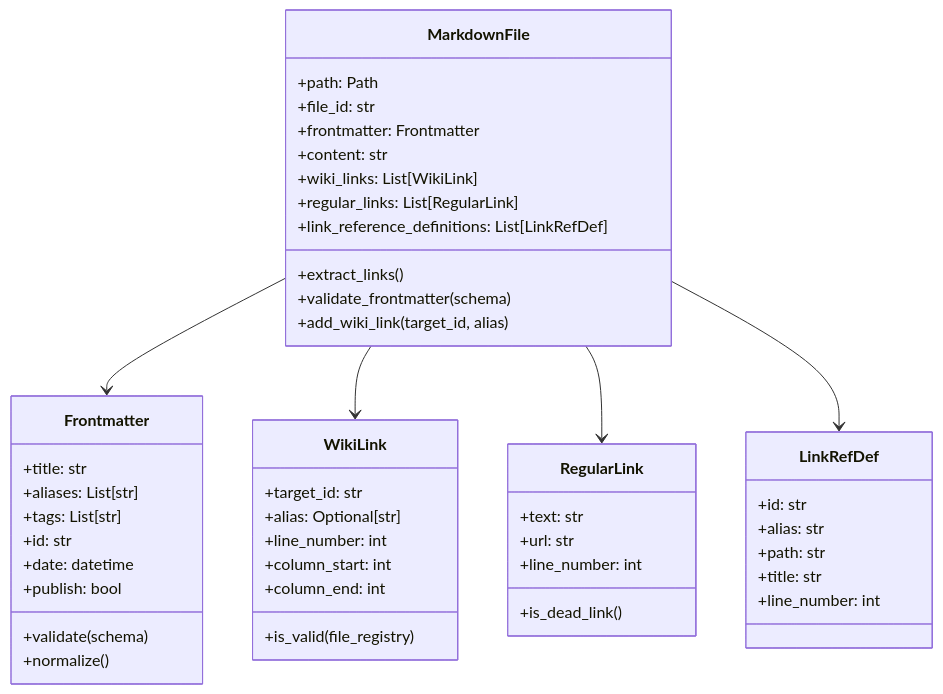
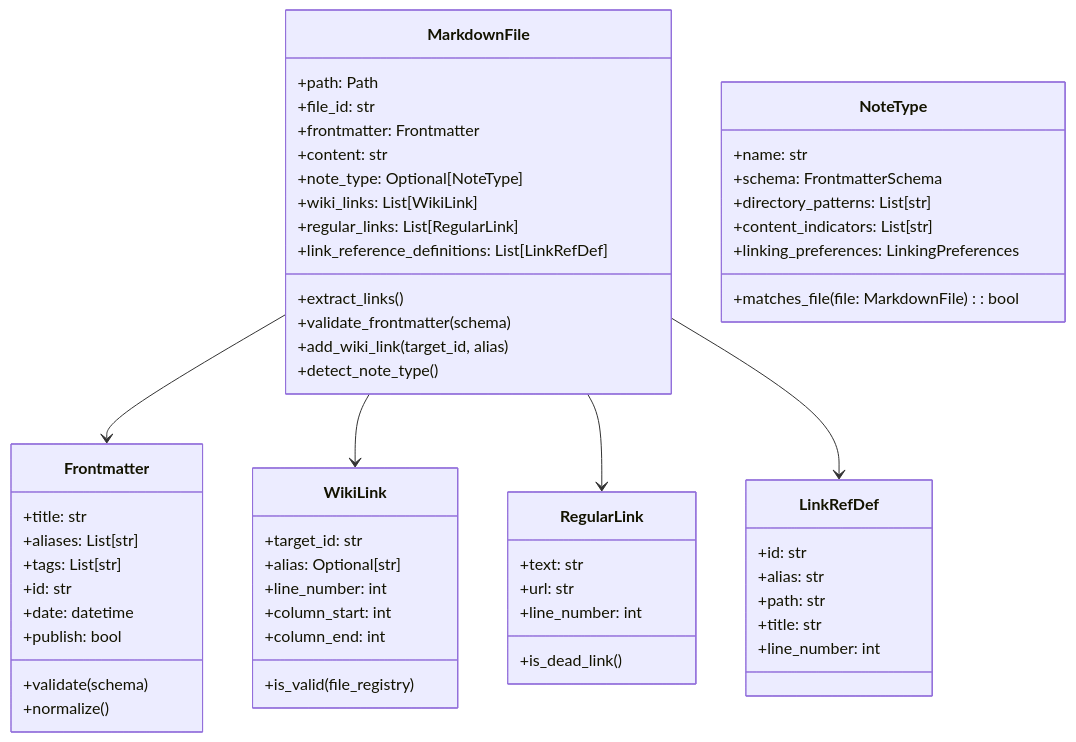
The second of 2 diagrams in .kiro/specs/knowledge-base-organizer/design.md (okojomoeko/knowledge-base-organizer), drawn with Mermaid before and after one commit. The commit also changed other lines of this file and 2 other files, not shown here.

````diff
--- a/.kiro/specs/knowledge-base-organizer/design.md
+++ b/.kiro/specs/knowledge-base-organizer/design.md
@@ -51,55 +51,66 @@
 ```mermaid
 classDiagram
     class MarkdownFile {
         +path: Path
         +file_id: str
         +frontmatter: Frontmatter
         +content: str
+        +note_type: Optional[NoteType]
         +wiki_links: List[WikiLink]
         +regular_links: List[RegularLink]
         +link_reference_definitions: List[LinkRefDef]
         +extract_links()
         +validate_frontmatter(schema)
         +add_wiki_link(target_id, alias)
+        +detect_note_type()
+    }
+
+    class NoteType {
+        +name: str
+        +schema: FrontmatterSchema
+        +directory_patterns: List[str]
+        +content_indicators: List[str]
+        +linking_preferences: LinkingPreferences
+        +matches_file(file: MarkdownFile): bool
     }
 
     class Frontmatter {
         +title: str
         +aliases: List[str]
         +tags: List[str]
         +id: str
         +date: datetime
         +publish: bool
         +validate(schema)
         +normalize()
     }
 
     class WikiLink {
         +target_id: str
         +alias: Optional[str]
         +line_number: int
         +column_start: int
         +column_end: int
         +is_valid(file_registry)
     }
 
     class RegularLink {
         +text: str
         +url: str
         +line_number: int
         +is_dead_link()
     }
 
     class LinkRefDef {
         +id: str
         +alias: str
         +path: str
         +title: str
         +line_number: int
     }
 
     MarkdownFile --> Frontmatter
     MarkdownFile --> WikiLink
     MarkdownFile --> RegularLink
     MarkdownFile --> LinkRefDef
 ```
````
